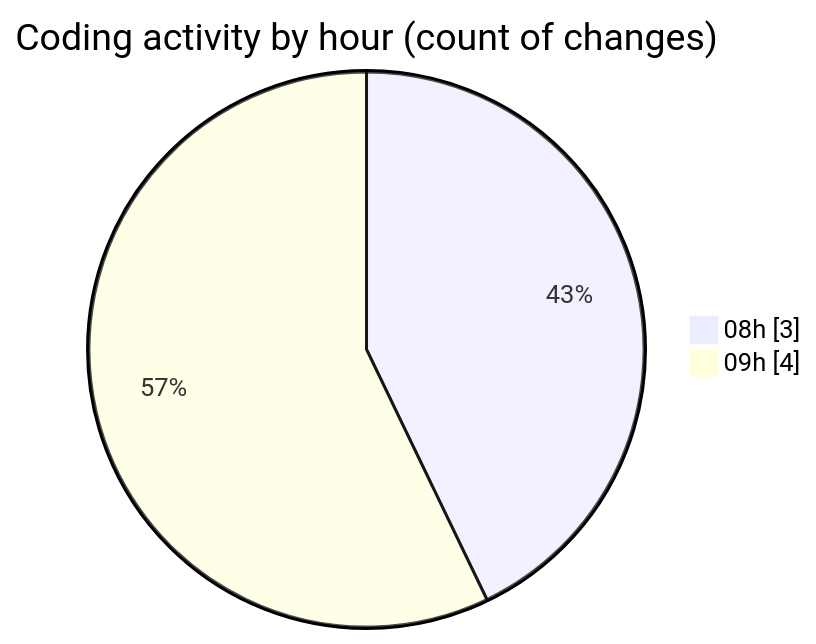
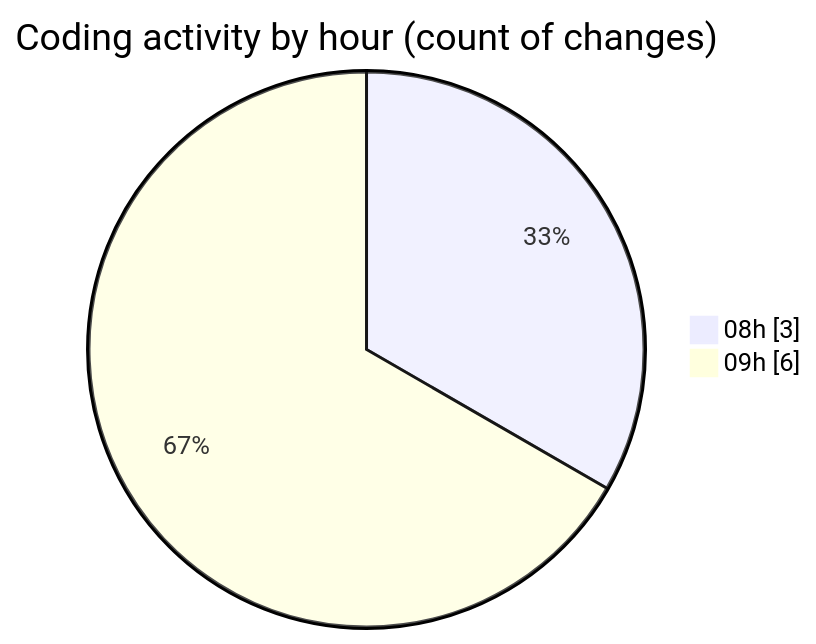
One commit to Unknowalive/code-tracking changed the second of 2 diagrams in 2026-09-03/web_tec_2026/README.md. Above: the diagram before and after it, drawn with Mermaid. The commit also changed other lines of this file and 1 other file, not shown here.

````diff
--- a/2026-09-03/web_tec_2026/README.md
+++ b/2026-09-03/web_tec_2026/README.md
@@ -35,6 +35,6 @@
 ```mermaid
 pie showData
 title Coding activity by hour (count of changes)
 "08h" : 3
-"09h" : 4
+"09h" : 6
 ```
````
